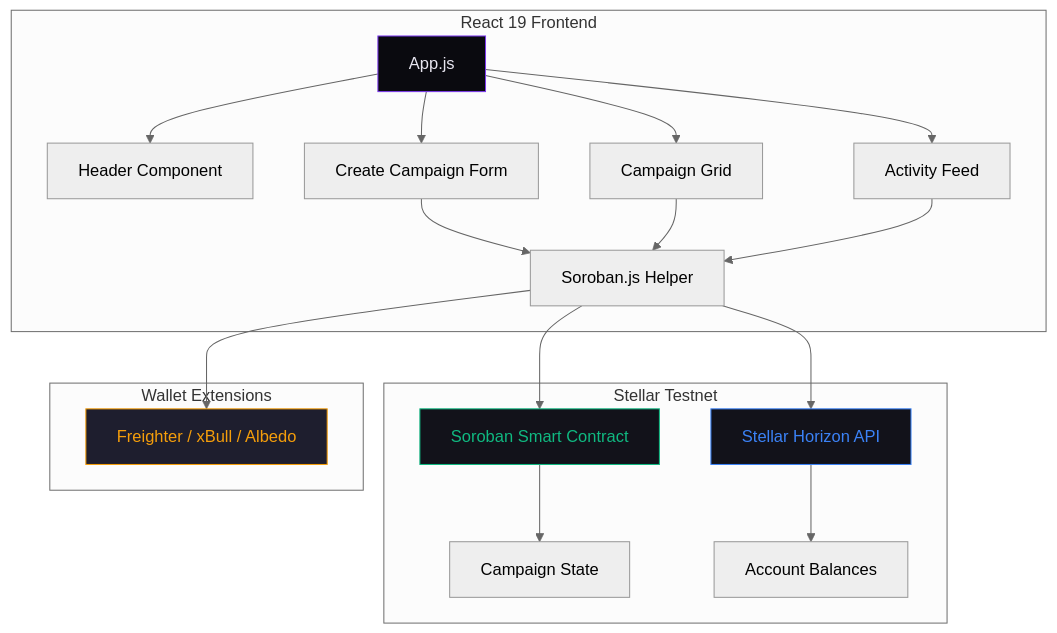
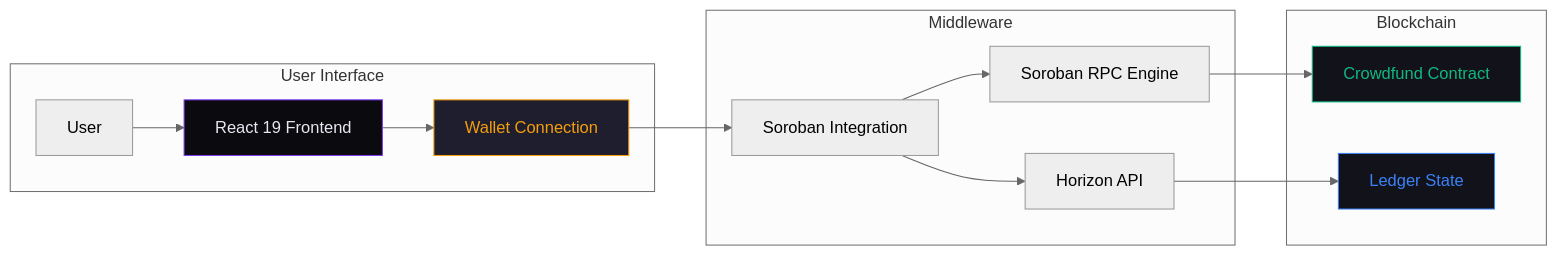
The first of 2 diagrams in README.md (Pixie-19/Stellar-Project), drawn with Mermaid (neutral theme) before and after one commit. The commit also changed other lines of this file and 3 other files, not shown here.

````diff
--- a/README.md
+++ b/README.md
@@ -24,28 +39,23 @@
 ```mermaid
-graph TD
-    subgraph Frontend [React 19 Frontend]
-        A[App.js] --> B[Header Component]
-        A --> C[Campaign Grid]
-        A --> D[Create Campaign Form]
-        A --> E[Activity Feed]
-        D --> F[Soroban.js Helper]
-        C --> F
-        E --> F
+graph LR
+    subgraph Client [User Interface]
+        UC[User] --> UI[React 19 Frontend]
+        UI --> WC[Wallet Connection]
     end
 
-    subgraph Blockchain [Stellar Testnet]
-        F --> G[Soroban Smart Contract]
-        F --> H[Stellar Horizon API]
-        G --> I[Campaign State]
-        H --> J[Account Balances]
+    subgraph Service [Middleware]
+        WC --> SI[Soroban Integration]
+        SI --> RPC[Soroban RPC Engine]
+        SI --> HOR[Horizon API]
     end
 
-    subgraph Wallet [Wallet Extensions]
-        F --> K[Freighter / xBull / Albedo]
+    subgraph Core [Blockchain]
+        RPC --> SC[Crowdfund Contract]
+        HOR --> ACC[Ledger State]
     end
 
-    style A fill:#0a0a0f,stroke:#7c3aed,color:#e8e6f0
-    style G fill:#12121a,stroke:#10b981,color:#10b981
-    style H fill:#12121a,stroke:#3b82f6,color:#3b82f6
-    style K fill:#1e1e2e,stroke:#f59e0b,color:#f59e0b
+    style UI fill:#0a0a0f,stroke:#7c3aed,color:#e8e6f0
+    style SC fill:#12121a,stroke:#10b981,color:#10b981
+    style ACC fill:#12121a,stroke:#3b82f6,color:#3b82f6
+    style WC fill:#1e1e2e,stroke:#f59e0b,color:#f59e0b
 ```
````
